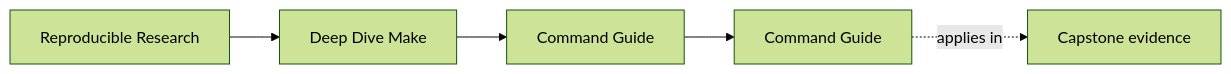
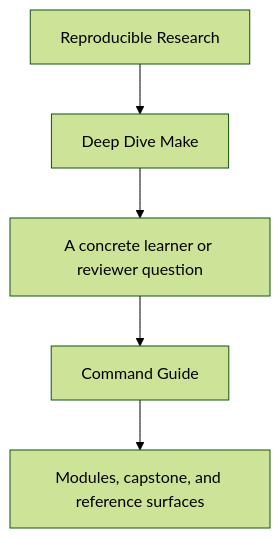
One commit to bijux/bijux-masterclass changed the first of 2 diagrams in programs/reproducible-research/deep-dive-make/course-book/guides/command-guide.md. Above: the diagram before and after it, drawn with Mermaid (forest theme). The commit also changed other lines of this file and 29 other files, not shown here.

Commit message:
docs(deep-dive-make): sharpen guide and reference diagrams

````diff
--- a/programs/reproducible-research/deep-dive-make/course-book/guides/command-guide.md
+++ b/programs/reproducible-research/deep-dive-make/course-book/guides/command-guide.md
@@ -9,11 +9,7 @@
 ```mermaid
-graph LR
-  family["Reproducible Research"]
-  program["Deep Dive Make"]
-  section["Command Guide"]
-  page["Command Guide"]
-  capstone["Capstone evidence"]
-
-  family --> program --> section --> page
-  page -.applies in.-> capstone
+flowchart TD
+  family["Reproducible Research"] --> program["Deep Dive Make"]
+  program --> pressure["A concrete learner or reviewer question"]
+  pressure --> guide["Command Guide"]
+  guide --> next["Modules, capstone, and reference surfaces"]
 ```
````
